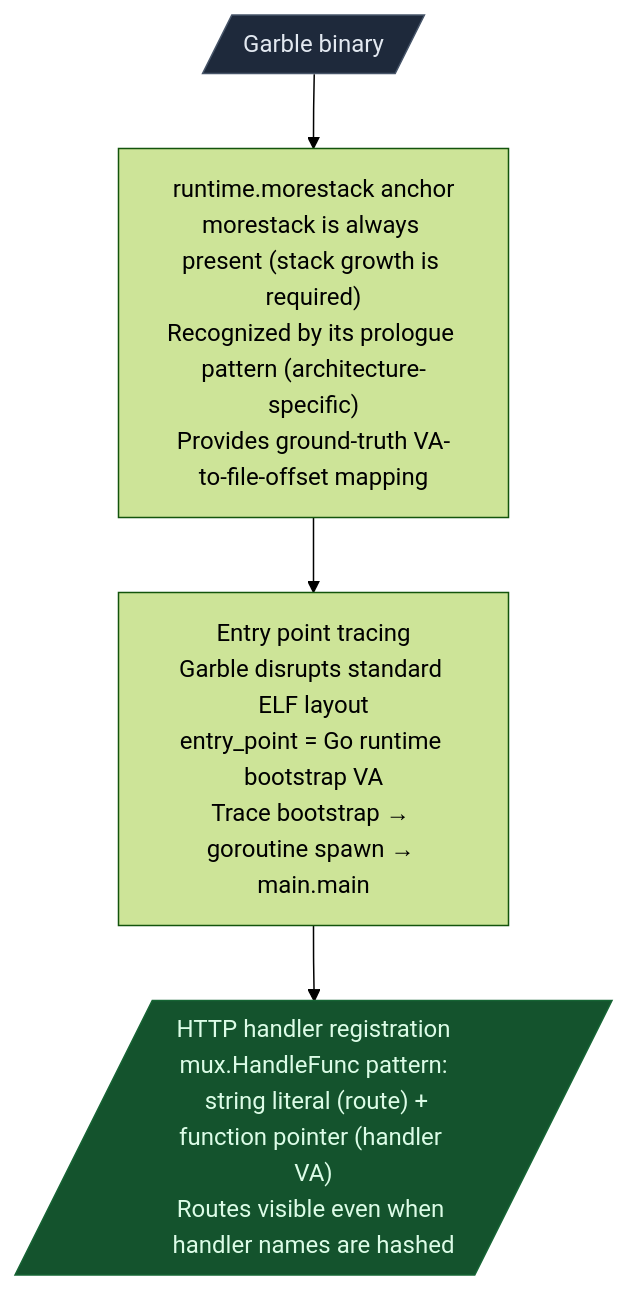
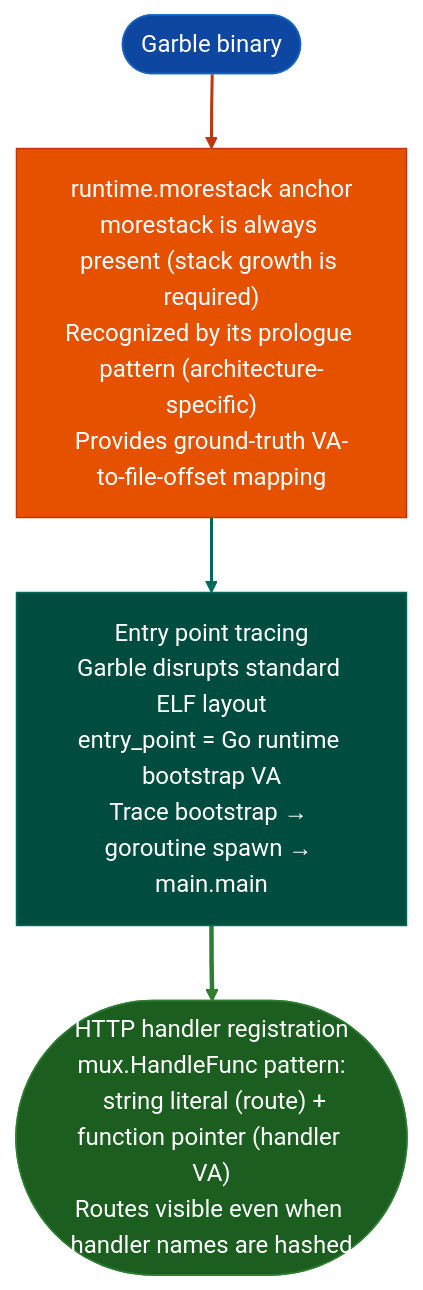
Before and after one commit to Ablation-Tool/ablation: the second of 2 diagrams in docs/workflows/go-binaries.md, drawn with Mermaid (forest theme). The commit also changed other lines of this file and 320 other files, not shown here.

First line of the commit message:
docs: apply canonical Mermaid template to all 321 diagrams

````diff
--- a/docs/workflows/go-binaries.md
+++ b/docs/workflows/go-binaries.md
@@ -137,11 +144,17 @@
 ```mermaid
 flowchart TD
-    A[/"Garble binary"/] --> B["runtime.morestack anchor\nmorestack is always present (stack growth is required)\nRecognized by its prologue pattern (architecture-specific)\nProvides ground-truth VA-to-file-offset mapping"]
+    A(["Garble binary"]):::input --> B["runtime.morestack anchor\nmorestack is always present (stack growth is required)\nRecognized by its prologue pattern (architecture-specific)\nProvides ground-truth VA-to-file-offset mapping"]:::primary
 
-    B --> C["Entry point tracing\nGarble disrupts standard ELF layout\nentry_point = Go runtime bootstrap VA\nTrace bootstrap → goroutine spawn → main.main"]
+    B:::primary --> C["Entry point tracing\nGarble disrupts standard ELF layout\nentry_point = Go runtime bootstrap VA\nTrace bootstrap → goroutine spawn → main.main"]:::secondary
 
-    C --> D[/"HTTP handler registration\nmux.HandleFunc pattern:\n  string literal (route) + function pointer (handler VA)\nRoutes visible even when handler names are hashed"/]
-
-    style A fill:#1e293b,stroke:#475569,color:#e2e8f0
-    style D fill:#14532d,stroke:#166534,color:#dcfce7
+    C:::secondary --> D(["HTTP handler registration\nmux.HandleFunc pattern:\n  string literal (route) + function pointer (handler VA)\nRoutes visible even when handler names are hashed"]):::output
+    classDef input     fill:#0d47a1,stroke:#1565c0,color:#fff
+    classDef primary   fill:#e65100,stroke:#bf360c,color:#fff
+    classDef secondary fill:#004d40,stroke:#00695c,color:#fff
+    classDef tertiary  fill:#4a148c,stroke:#6a1b9a,color:#fff
+    classDef neutral   fill:#37474f,stroke:#546e7a,color:#fff
+    classDef output    fill:#1b5e20,stroke:#2e7d32,color:#fff
+    linkStyle 0 stroke:#bf360c,stroke-width:2px
+    linkStyle 1 stroke:#00695c,stroke-width:2px
+    linkStyle 2 stroke:#2e7d32,stroke-width:3px
 ```
````
